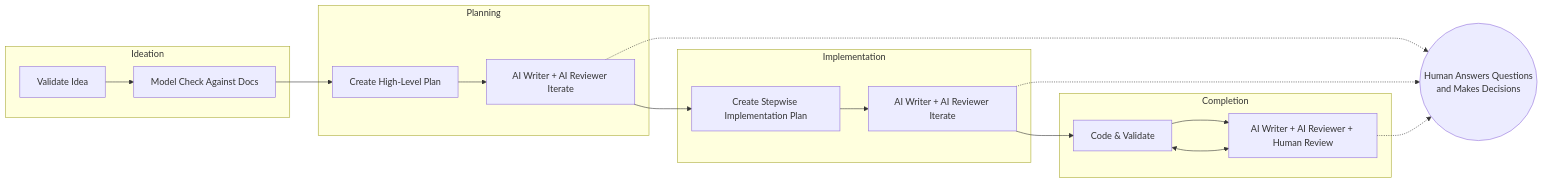
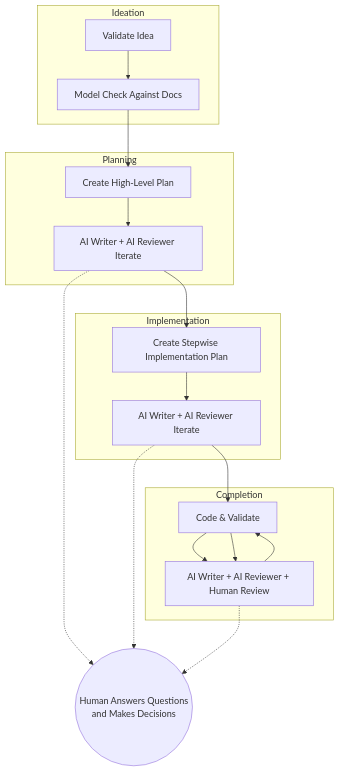
Before and after one commit to KjellKod/ai-musings: the first of 2 diagrams in AI-Engieering.md, drawn with Mermaid.

Commit message:
Fix flowchart syntax and improve formatting
Updated flowchart syntax and formatting in AI-Engineering.md.

````diff
--- a/AI-Engieering.md
+++ b/AI-Engieering.md
@@ -38,30 +38,31 @@
 ```mermaid
-flowchart LR
+flowchart TB
     subgraph Ideation
         A[Validate Idea]
         A --> B[Model Check Against Docs]
     end
 
     subgraph Planning
         B --> C[Create High-Level Plan]
         C --> D[AI Writer + AI Reviewer Iterate]
     end
 
     subgraph Implementation
         D --> E[Create Stepwise Implementation Plan]
         E --> F[AI Writer + AI Reviewer Iterate]
     end
 
     subgraph Completion
         F --> G[Code & Validate]
         G --> H[AI Writer + AI Reviewer + Human Review]
     end
 
-    I((Human Answers Questions
-and Makes Decisions))
+    I((Human Answers Questions<br/>and Makes Decisions))
+
     D -.-> I
     F -.-> I
     H -.-> I
 
-    G <---> H
+    G --> H
+    H --> G
 ```
````
